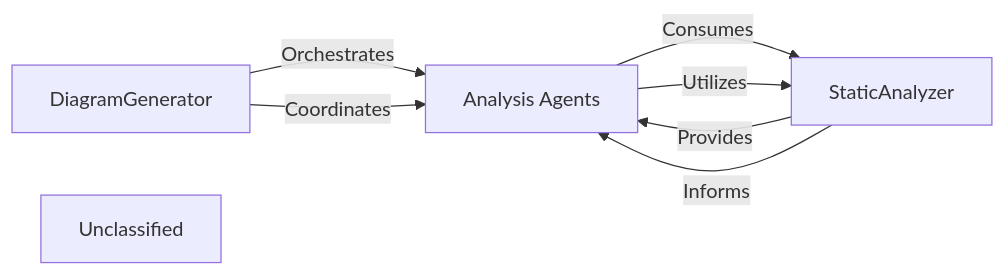
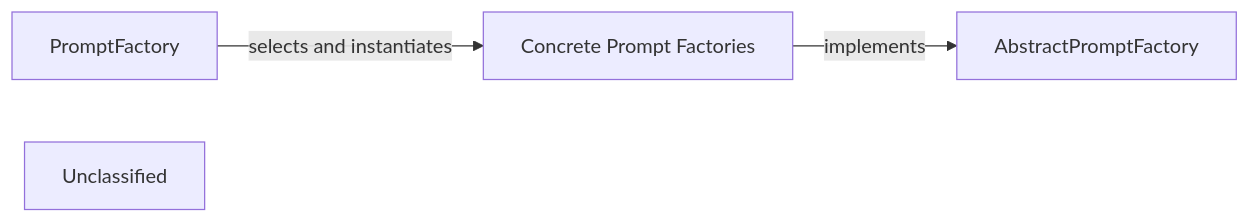
One commit to CodeBoarding/CodeBoarding changed the third of 9 diagrams in docs/development/architecture.md. Above: the diagram before and after it, drawn with Mermaid. The commit also changed other lines of this file and 19 other files, not shown here.

First line of the commit message:
docs: update codeboarding documentation and generate architecture

````diff
--- a/docs/development/architecture.md
+++ b/docs/development/architecture.md
@@ -69,13 +189,9 @@
 ```mermaid
 graph LR
-    DiagramGenerator["DiagramGenerator"]
-    Analysis_Agents["Analysis Agents"]
-    StaticAnalyzer["StaticAnalyzer"]
+    PromptFactory["PromptFactory"]
+    AbstractPromptFactory["AbstractPromptFactory"]
+    Concrete_Prompt_Factories["Concrete Prompt Factories"]
     Unclassified["Unclassified"]
-    DiagramGenerator -- "Orchestrates" --> Analysis_Agents
-    DiagramGenerator -- "Coordinates" --> Analysis_Agents
-    Analysis_Agents -- "Consumes" --> StaticAnalyzer
-    Analysis_Agents -- "Utilizes" --> StaticAnalyzer
-    StaticAnalyzer -- "Provides" --> Analysis_Agents
-    StaticAnalyzer -- "Informs" --> Analysis_Agents
+    PromptFactory -- "selects and instantiates" --> Concrete_Prompt_Factories
+    Concrete_Prompt_Factories -- "implements" --> AbstractPromptFactory
 ```
````
